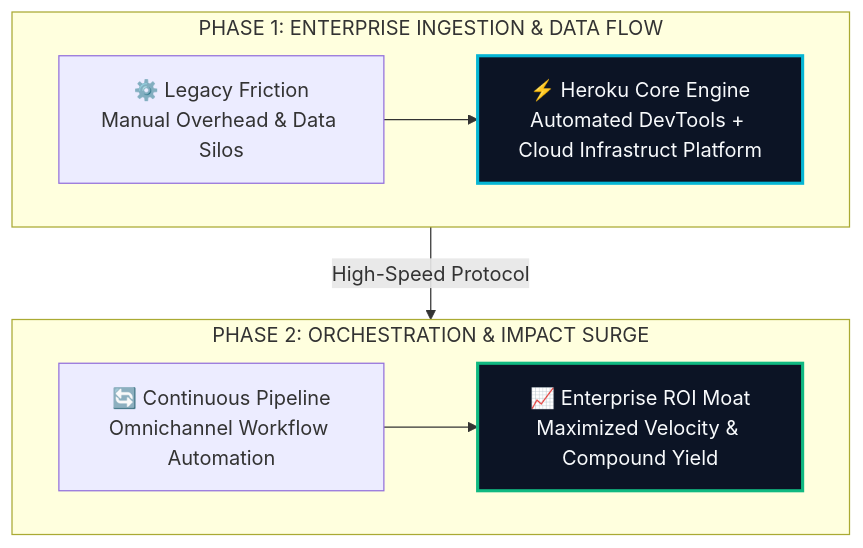
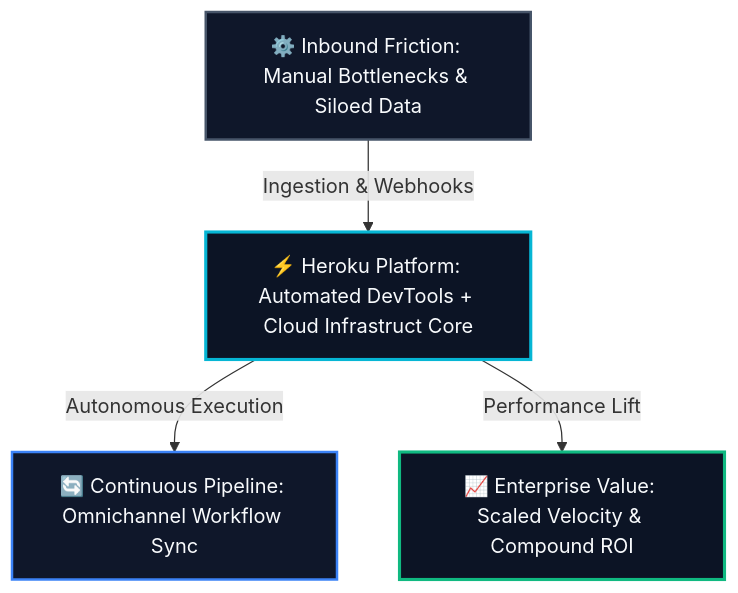
The diagram in site/src/content/blog/heroku-free-tier-alternatives-2026.md (heliatech-media/saas-radar), drawn with Mermaid before and after one commit. The commit also changed 93 other files, not shown here.

First line of the commit message:
fix(diagrams): resolve dagre-d3 subgraph collision by migrating to balanced 3-tier Hub & Spoke architecture

````diff
--- a/site/src/content/blog/heroku-free-tier-alternatives-2026.md
+++ b/site/src/content/blog/heroku-free-tier-alternatives-2026.md
@@ -50,14 +50,14 @@
 ```mermaid
 flowchart TD
-    subgraph S1["PHASE 1: ENTERPRISE INGESTION & DATA FLOW"]
-        direction LR
-        A["⚙️ Legacy Friction<br/>Manual Overhead & Data Silos"] --> B["⚡ Heroku Core Engine<br/>Automated DevTools + Cloud Infrastruct Platform"]
-    end
-    subgraph S2["PHASE 2: ORCHESTRATION & IMPACT SURGE"]
-        direction LR
-        C["🔄 Continuous Pipeline<br/>Omnichannel Workflow Automation"] --> D["📈 Enterprise ROI Moat<br/>Maximized Velocity & Compound Yield"]
-    end
-    S1 -->|High-Speed Protocol| S2
-    style B fill:#0c1425,stroke:#06b6d4,stroke-width:2.5px,color:#f8fafc
-    style D fill:#0c1425,stroke:#10b981,stroke-width:2.5px,color:#f8fafc
+    Inp["⚙️ Inbound Friction: Manual Bottlenecks & Siloed Data"]
+    Eng["⚡ Heroku Platform: Automated DevTools + Cloud Infrastruct Core"]
+    Out1["🔄 Continuous Pipeline: Omnichannel Workflow Sync"]
+    Out2["📈 Enterprise Value: Scaled Velocity & Compound ROI"]
+    Inp -->|Ingestion & Webhooks| Eng
+    Eng -->|Autonomous Execution| Out1
+    Eng -->|Performance Lift| Out2
+    style Inp fill:#0f172a,stroke:#475569,stroke-width:2px,color:#f8fafc
+    style Eng fill:#0c1425,stroke:#06b6d4,stroke-width:2.5px,color:#f8fafc
+    style Out1 fill:#0f172a,stroke:#3b82f6,stroke-width:2px,color:#f8fafc
+    style Out2 fill:#0c1425,stroke:#10b981,stroke-width:2.5px,color:#f8fafc
 ```
````
